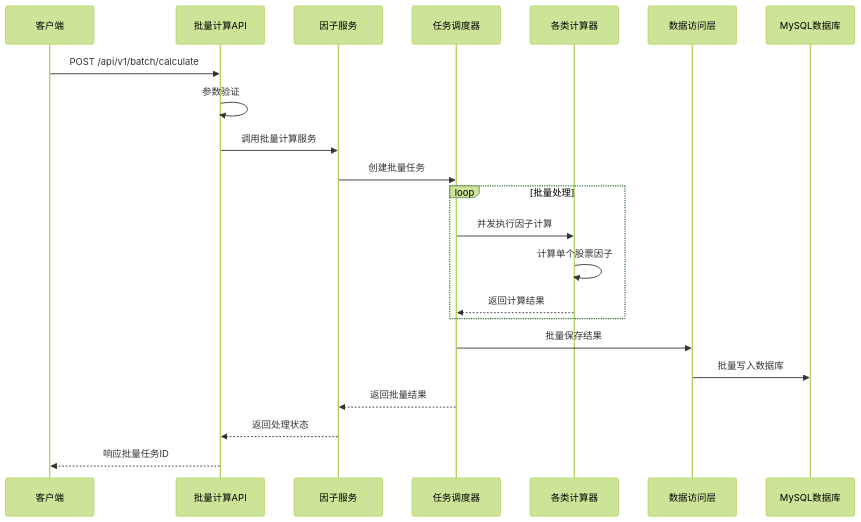
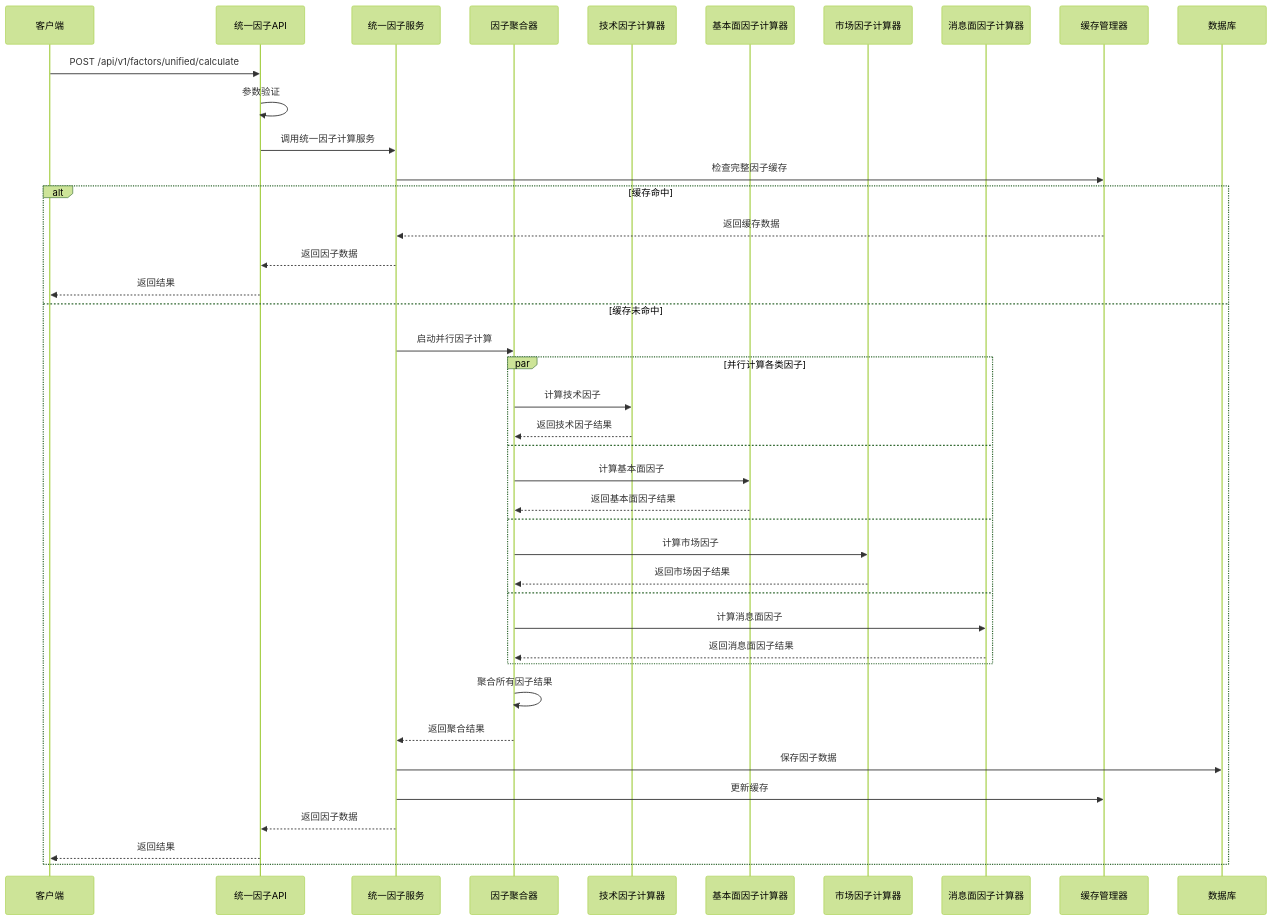
The fifth of 5 diagrams in docs/iteration-2-factor-engine/tasks.md (Casper-Mars/qtrade), drawn with Mermaid (forest theme) before and after one commit. The commit also changed other lines of this file, not shown here.

Commit message:
docs: 更新任务文档中的批量计算模块为统一因子计算模块
将模块E从批量计算模块重命名为统一因子计算模块，并更新相关功能点和任务描述
更新时序图和实现步骤以反映统一因子计算的设计
调整API接口和缓存管理等相关内容

````diff
--- a/docs/iteration-2-factor-engine/tasks.md
+++ b/docs/iteration-2-factor-engine/tasks.md
@@ -324,27 +324,49 @@
     ```mermaid
     sequenceDiagram
         participant Client as 客户端
-        participant API as 批量计算API
-        participant Service as 因子服务
-        participant Scheduler as 任务调度器
-        participant Calculator as 各类计算器
-        participant DAO as 数据访问层
-        participant DB as MySQL数据库
+        participant API as 统一因子API
+        participant UFS as 统一因子服务
+        participant FA as 因子聚合器
+        participant TC as 技术因子计算器
+        participant FC as 基本面因子计算器
+        participant MC as 市场因子计算器
+        participant SC as 消息面因子计算器
+        participant Cache as 缓存管理器
+        participant DB as 数据库
+
+        Client->>API: POST /api/v1/factors/unified/calculate
+        API->>API: 参数验证
+        API->>UFS: 调用统一因子计算服务
+        UFS->>Cache: 检查完整因子缓存
         
-        Client->>API: POST /api/v1/batch/calculate
-        API->>API: 参数验证
-        API->>Service: 调用批量计算服务
-        Service->>Scheduler: 创建批量任务
-        
-        loop 批量处理
-            Scheduler->>Calculator: 并发执行因子计算
-            Calculator->>Calculator: 计算单个股票因子
-            Calculator-->>Scheduler: 返回计算结果
+        alt 缓存命中
+            Cache-->>UFS: 返回缓存数据
+            UFS-->>API: 返回因子数据
+            API-->>Client: 返回结果
+        else 缓存未命中
+            UFS->>FA: 启动并行因子计算
+            
+            par 并行计算各类因子
+                FA->>TC: 计算技术因子
+                TC-->>FA: 返回技术因子结果
+            and
+                FA->>FC: 计算基本面因子
+                FC-->>FA: 返回基本面因子结果
+            and
+                FA->>MC: 计算市场因子
+                MC-->>FA: 返回市场因子结果
+            and
+                FA->>SC: 计算消息面因子
+                SC-->>FA: 返回消息面因子结果
+            end
+            
+            FA->>FA: 聚合所有因子结果
+            FA-->>UFS: 返回聚合结果
+            
+            UFS->>DB: 保存因子数据
+            UFS->>Cache: 更新缓存
+            
+            UFS-->>API: 返回因子数据
+            API-->>Client: 返回结果
         end
-        
-        Scheduler->>DAO: 批量保存结果
-        DAO->>DB: 批量写入数据库
-        Scheduler-->>Service: 返回批量结果
-        Service-->>API: 返回处理状态
-        API-->>Client: 响应批量任务ID
     ```
````
